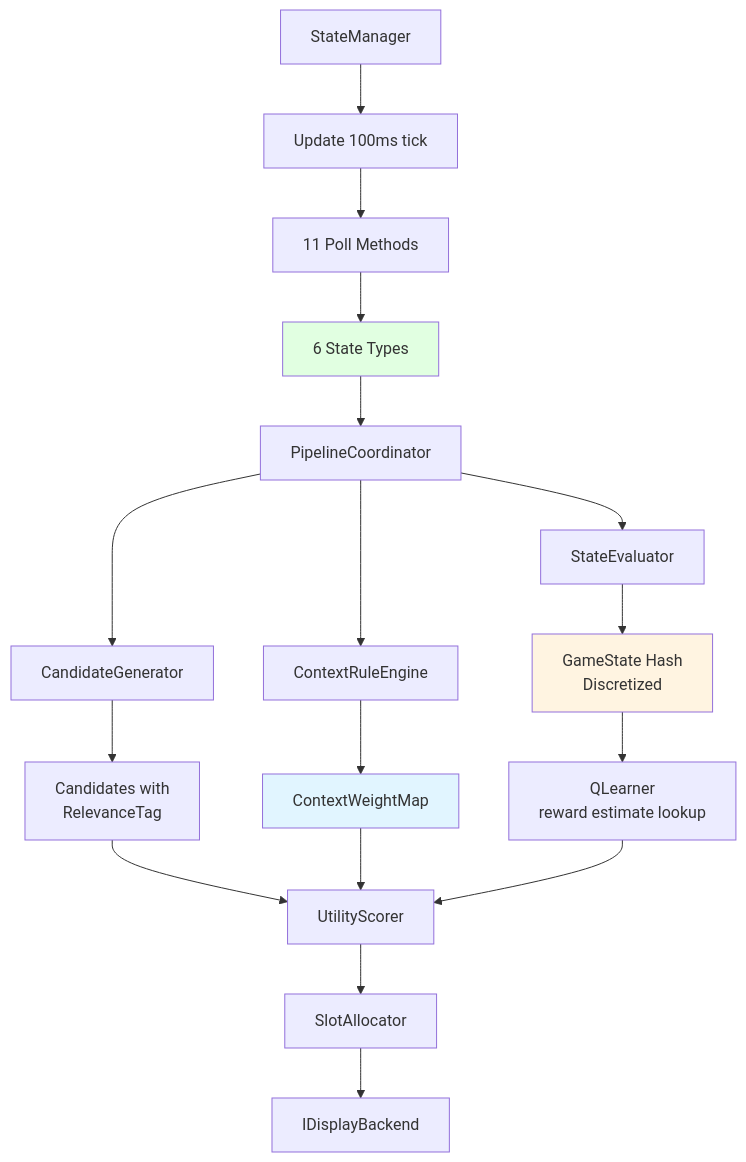
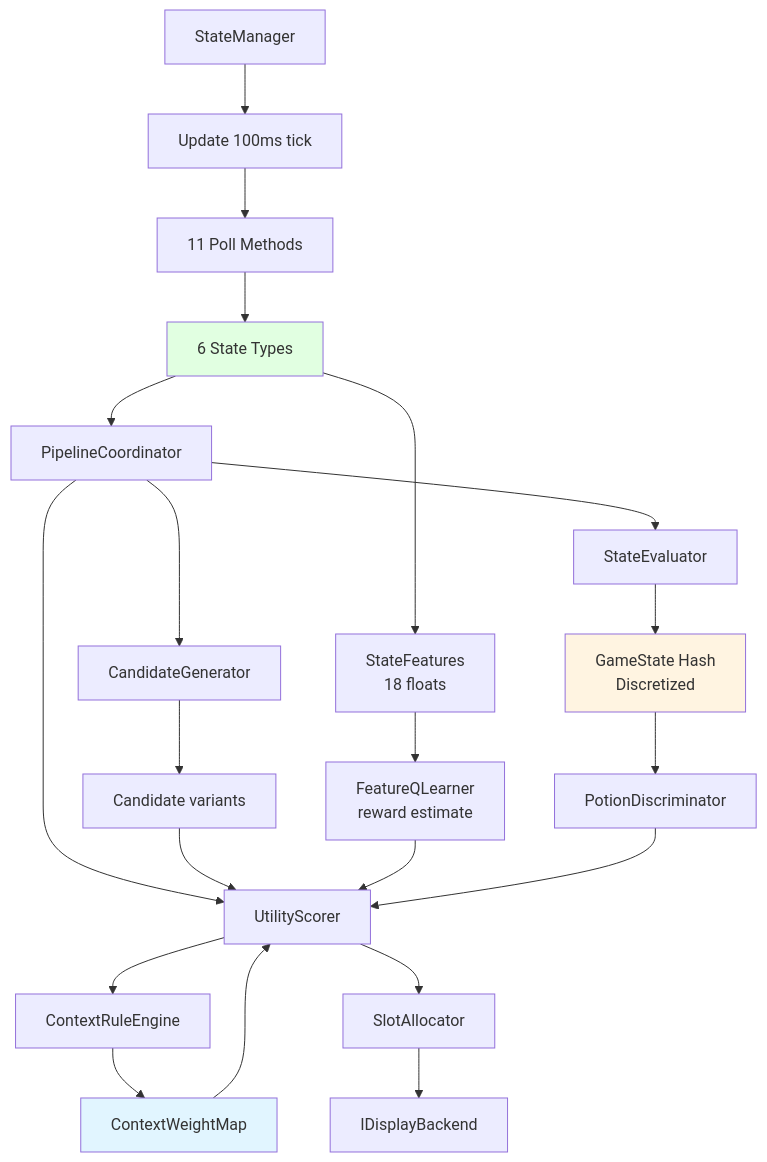
The eighth of 13 diagrams in docs/architecture/1-states.md (LandingCrew/huginn), drawn with Mermaid before and after one commit. The commit also changed other lines of this file and 27 other files, not shown here.

````diff
--- a/docs/architecture/1-states.md
+++ b/docs/architecture/1-states.md
@@ -601,32 +786,36 @@
 ```mermaid
 graph TB
     SM[StateManager] --> Update[Update 100ms tick]
 
     Update --> Poll[11 Poll Methods]
     Poll --> Models[6 State Types]
 
     Models --> PC[PipelineCoordinator]
 
     PC --> SE[StateEvaluator]
     PC --> CG[CandidateGenerator]
-    PC --> CRE[ContextRuleEngine]
+    PC --> US[UtilityScorer]
 
     SE --> GS[GameState Hash<br/>Discretized]
 
-    CG --> Candidates[Candidates with<br/>RelevanceTag]
+    CG --> Candidates[Candidate variants]
 
+    US --> CRE[ContextRuleEngine]
     CRE --> Weights[ContextWeightMap]
 
-    GS --> QL[QLearner<br/>reward estimate lookup]
+    Models --> FV[StateFeatures<br/>18 floats]
+    FV --> FQL[FeatureQLearner<br/>reward estimate]
 
-    Candidates --> US[UtilityScorer]
+    Candidates --> US
     Weights --> US
-    QL --> US
+    FQL --> US
+    GS --> PD[PotionDiscriminator]
+    PD --> US
 
     US --> SA[SlotAllocator]
     SA --> Display[IDisplayBackend]
 
     style Models fill:#e1ffe1
     style GS fill:#fff4e1
     style Weights fill:#e1f5ff
 ```
````
